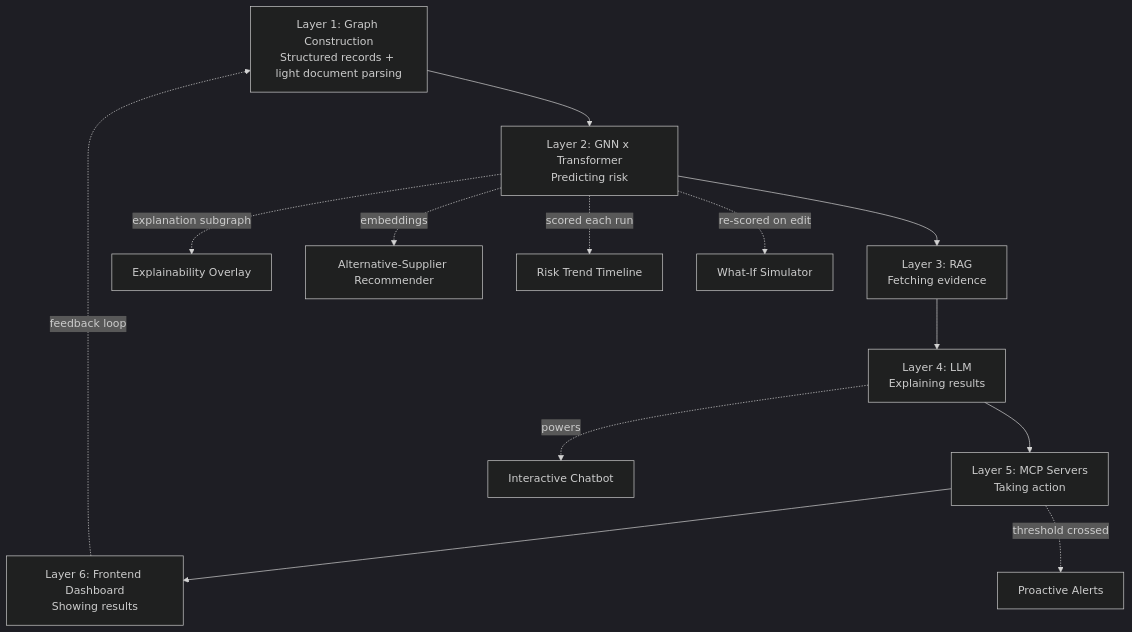
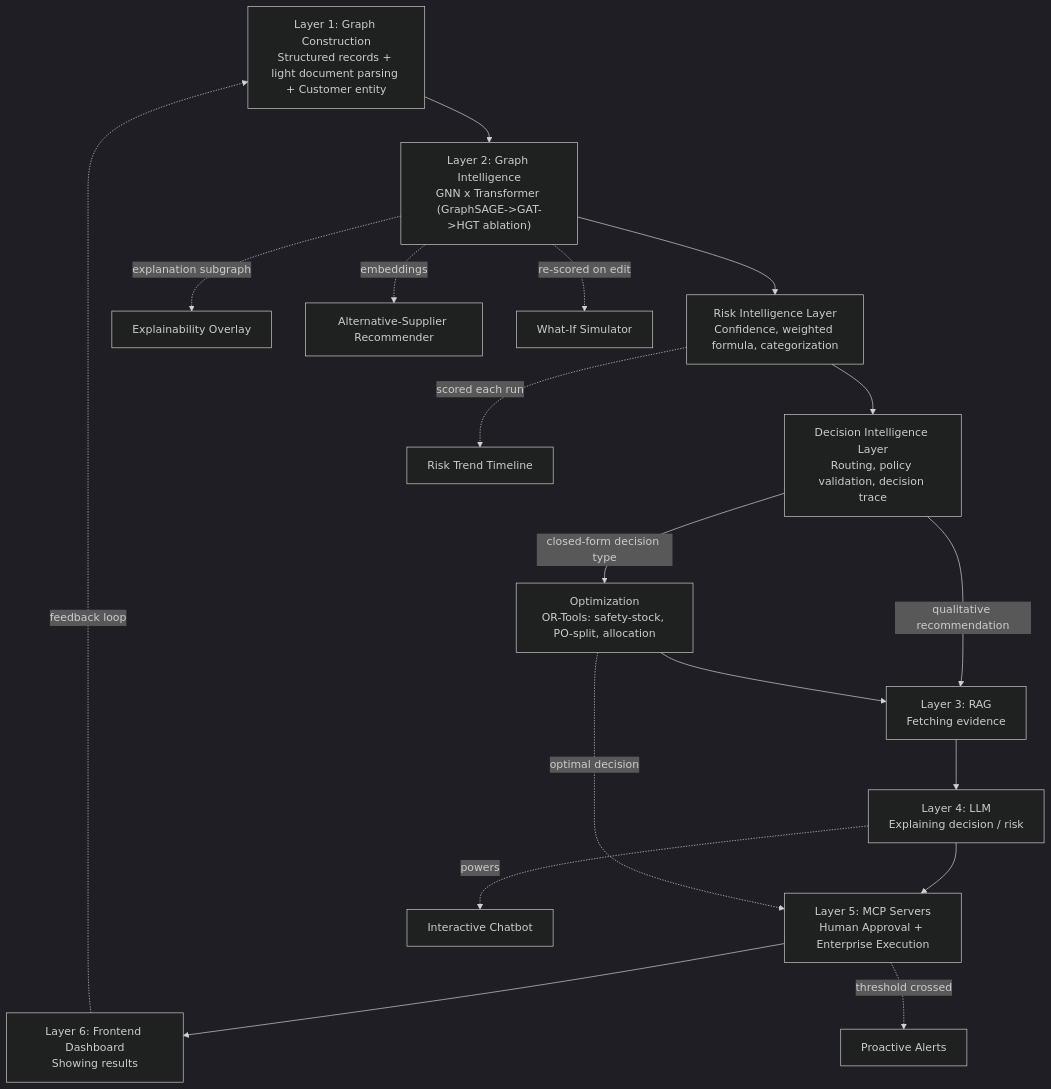
Before and after one commit to murali-ftw/ChainPilot: the third of 7 diagrams in docs/team_plan.md, drawn with Mermaid (dark theme). The commit also changed other lines of this file and 17 other files, not shown here.

````diff
--- a/docs/team_plan.md
+++ b/docs/team_plan.md
@@ -109,16 +113,21 @@
 ```mermaid
 flowchart TD
-    A["Layer 1: Graph Construction\nStructured records + light document parsing"] --> B["Layer 2: GNN x Transformer\nPredicting risk"]
-    B --> C["Layer 3: RAG\nFetching evidence"]
-    C --> D["Layer 4: LLM\nExplaining results"]
-    D --> E["Layer 5: MCP Servers\nTaking action"]
+    A["Layer 1: Graph Construction\nStructured records + light document parsing + Customer entity"] --> B["Layer 2: Graph Intelligence\nGNN x Transformer (GraphSAGE->GAT->HGT ablation)"]
+    B --> RI["Risk Intelligence Layer\nConfidence, weighted formula, categorization"]
+    RI --> DI["Decision Intelligence Layer\nRouting, policy validation, decision trace"]
+    DI -->|closed-form decision type| OPT["Optimization\nOR-Tools: safety-stock, PO-split, allocation"]
+    DI -->|qualitative recommendation| C["Layer 3: RAG\nFetching evidence"]
+    OPT --> C
+    C --> D["Layer 4: LLM\nExplaining decision / risk"]
+    D --> E["Layer 5: MCP Servers\nHuman Approval + Enterprise Execution"]
     E --> F["Layer 6: Frontend Dashboard\nShowing results"]
     F -.feedback loop.-> A
 
     D -. powers .-> G["Interactive Chatbot"]
     B -. explanation subgraph .-> H["Explainability Overlay"]
     B -. embeddings .-> I["Alternative-Supplier Recommender"]
     E -. threshold crossed .-> J["Proactive Alerts"]
-    B -. scored each run .-> K["Risk Trend Timeline"]
+    RI -. scored each run .-> K["Risk Trend Timeline"]
     B -. re-scored on edit .-> L["What-If Simulator"]
+    OPT -. optimal decision .-> E
 ```
````
